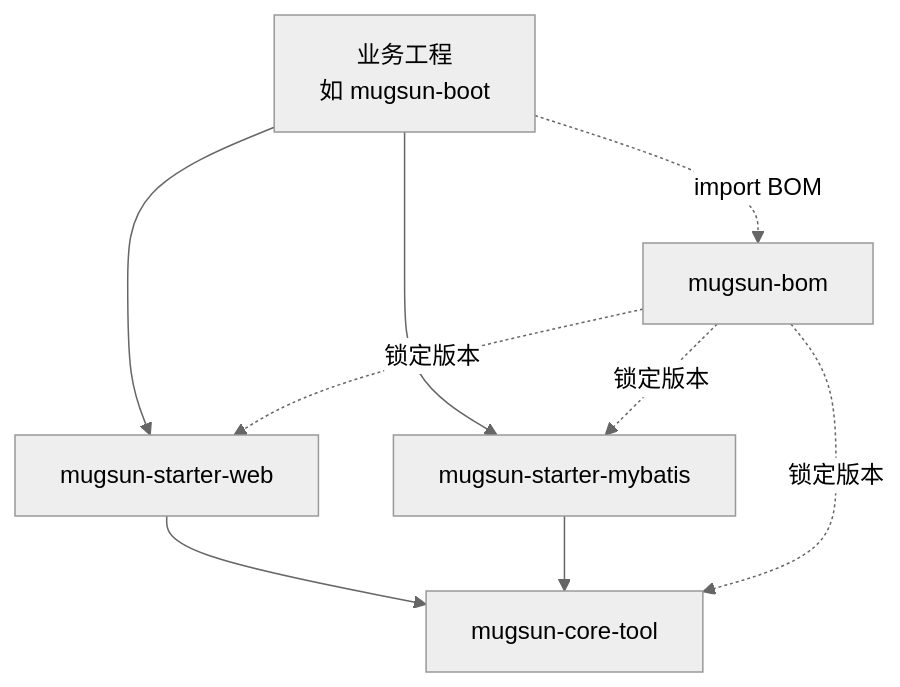
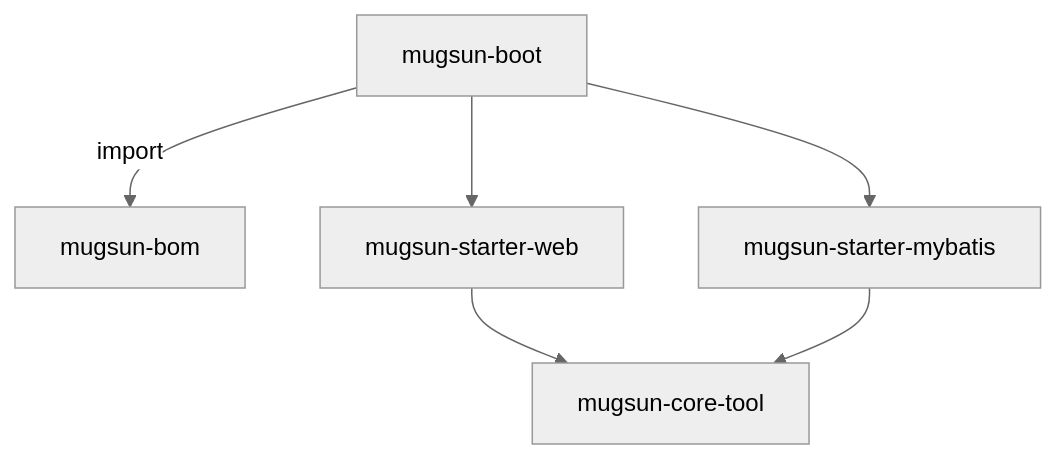
The diagram in README.md (mugsun/mugsun-core), drawn with Mermaid (neutral theme) before and after one commit. The commit also changed other lines of this file and 1 other file, not shown here.

````diff
--- a/README.md
+++ b/README.md
@@ -30,17 +74,8 @@
 ```mermaid
-graph TD
-  BIZ["业务工程<br/>如 mugsun-boot"]
-  BOM["mugsun-bom"]
-  TOOL["mugsun-core-tool"]
-  WEB["mugsun-starter-web"]
-  MB["mugsun-starter-mybatis"]
-
-  BIZ -.->|import BOM| BOM
-  BIZ --> WEB
-  BIZ --> MB
-  WEB --> TOOL
+flowchart TB
+  BOOT["mugsun-boot"] -->|import| BOM["mugsun-bom"]
+  BOOT --> WEB["mugsun-starter-web"]
+  BOOT --> MB["mugsun-starter-mybatis"]
+  WEB --> TOOL["mugsun-core-tool"]
   MB --> TOOL
-  BOM -.->|锁定版本| TOOL
-  BOM -.->|锁定版本| WEB
-  BOM -.->|锁定版本| MB
 ```
````
